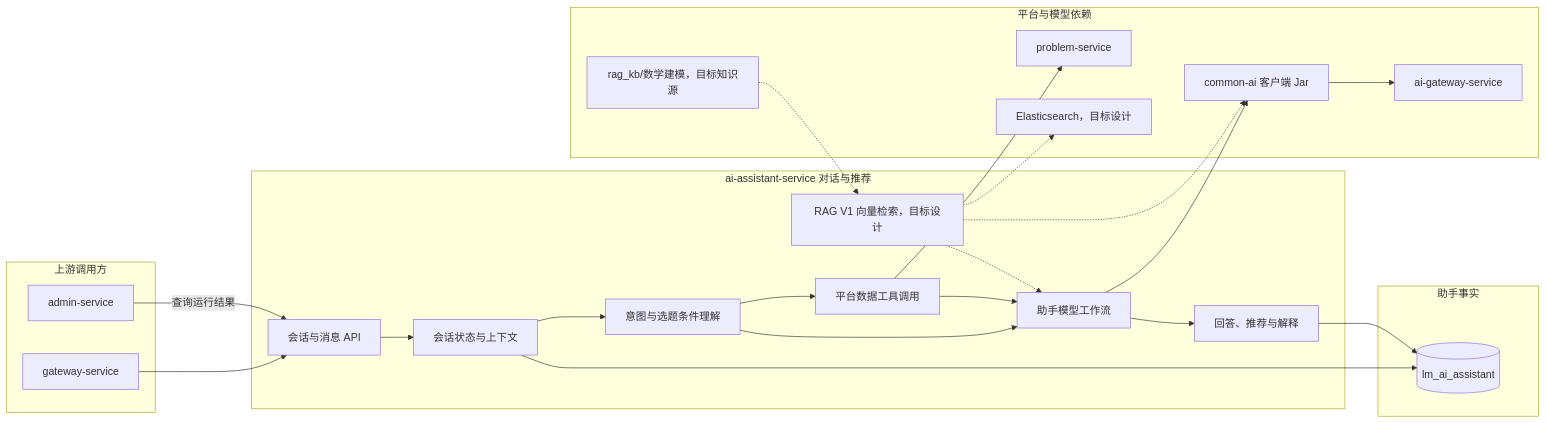
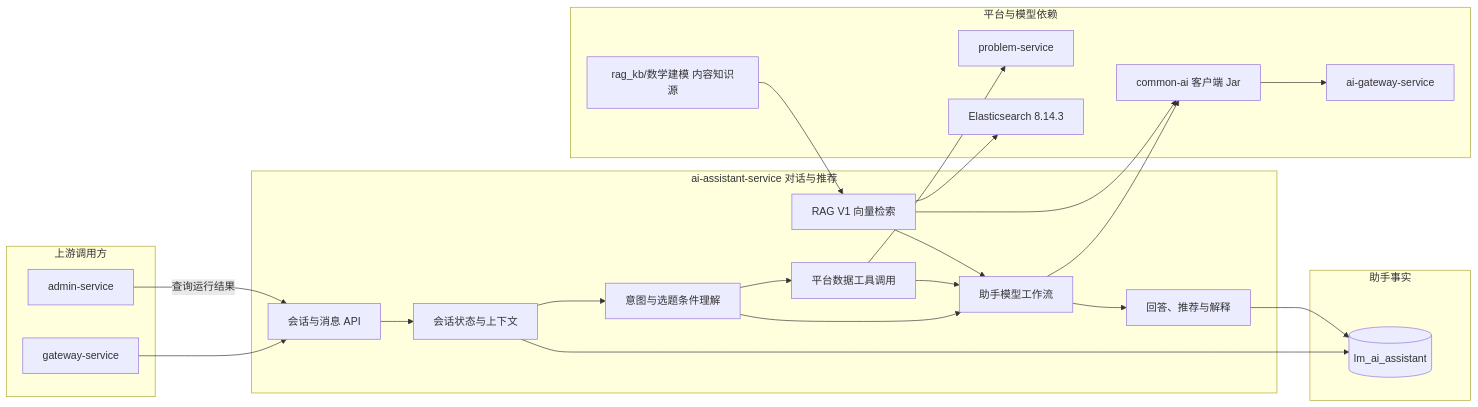
Before and after one commit to Dorian7Alden/LeetModel: the diagram in docs/project/03-微服务设计/ai-assistant-service/README.md, drawn with Mermaid. The commit also changed other lines of this file and 1 other file, not shown here.

Commit message:
docs(rag): 完善RAG运行维护说明

````diff
--- a/docs/project/03-微服务设计/ai-assistant-service/README.md
+++ b/docs/project/03-微服务设计/ai-assistant-service/README.md
@@ -20,48 +20,48 @@
 ```mermaid
 flowchart LR
     subgraph callers["上游调用方"]
         apiGateway["gateway-service"]
         adminService["admin-service"]
     end
 
     subgraph assistant["ai-assistant-service 对话与推荐"]
         conversationApi["会话与消息 API"]
         sessionContext["会话状态与上下文"]
         intent["意图与选题条件理解"]
         toolQuery["平台数据工具调用"]
         assistantWorkflow["助手模型工作流"]
-        ragRetriever["RAG V1 向量检索，目标设计"]
+        ragRetriever["RAG V1 向量检索"]
         response["回答、推荐与解释"]
 
         conversationApi --> sessionContext
         sessionContext --> intent
         intent --> toolQuery
         intent --> assistantWorkflow
         toolQuery --> assistantWorkflow
-        ragRetriever -.-> assistantWorkflow
+        ragRetriever --> assistantWorkflow
         assistantWorkflow --> response
     end
 
     subgraph dependencies["平台与模型依赖"]
         problemService["problem-service"]
         commonAi["common-ai 客户端 Jar"]
         aiGateway["ai-gateway-service"]
-        elasticsearch["Elasticsearch，目标设计"]
-        ragKnowledge["rag_kb/数学建模，目标知识源"]
+        elasticsearch["Elasticsearch 8.14.3"]
+        ragKnowledge["rag_kb/数学建模 内容知识源"]
     end
 
     subgraph data["助手事实"]
         assistantDatabase[(lm_ai_assistant)]
     end
 
     apiGateway --> conversationApi
     adminService -->|"查询运行结果"| conversationApi
     toolQuery --> problemService
     assistantWorkflow --> commonAi
-    ragRetriever -.-> commonAi
-    ragRetriever -.-> elasticsearch
-    ragKnowledge -.-> ragRetriever
+    ragRetriever --> commonAi
+    ragRetriever --> elasticsearch
+    ragKnowledge --> ragRetriever
     commonAi --> aiGateway
     sessionContext --> assistantDatabase
     response --> assistantDatabase
 ```
````
